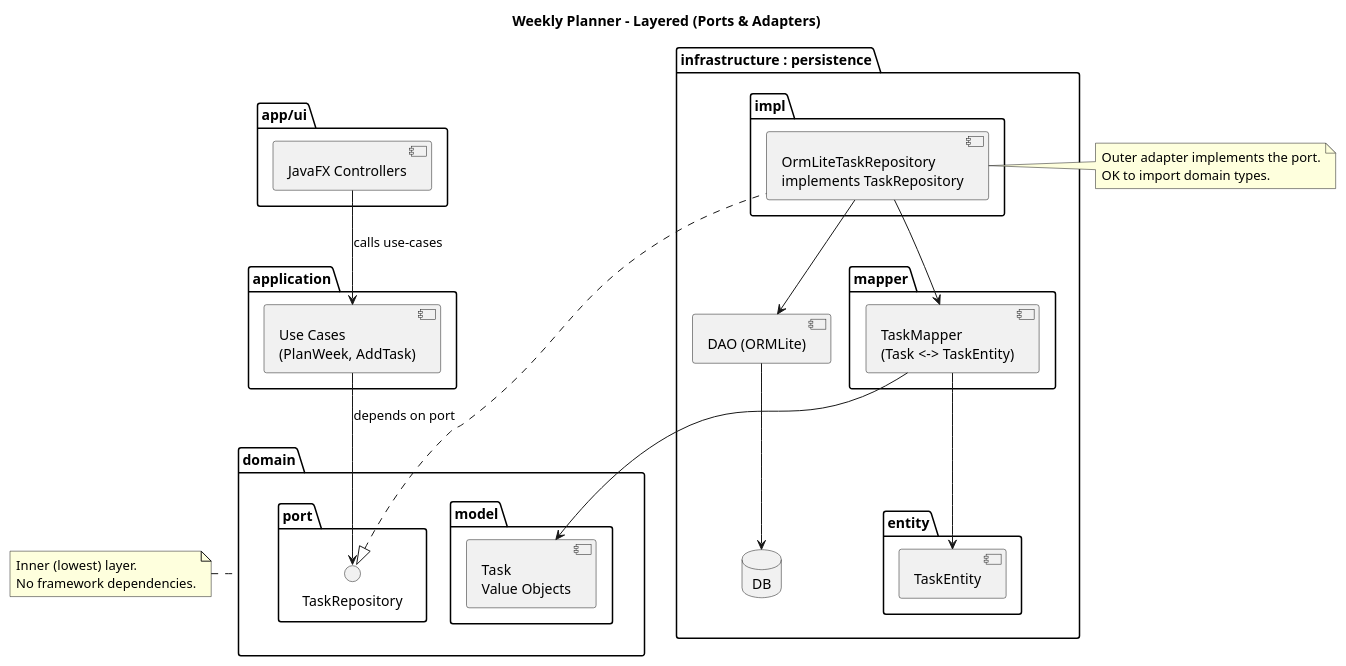
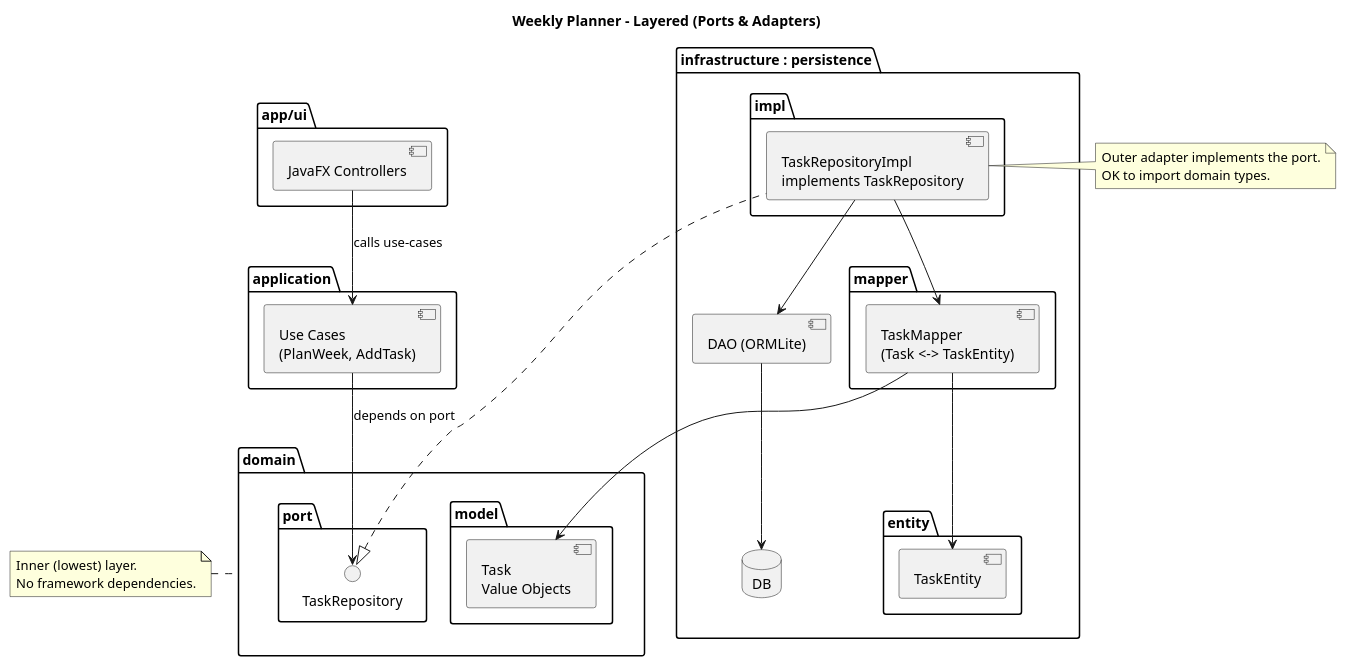
One commit to giabaobui-nedy/WeeklyPlanner changed the diagram in backend-architecture.puml. Above: the diagram before and after it, drawn with PlantUML. The commit also changed 1 other file, not shown here.

Commit message:
update README.md and backend architecture

```diff
--- a/backend-architecture.puml
+++ b/backend-architecture.puml
@@ -1,53 +1,53 @@
-@startuml backend-architecture
+@startuml
 title Weekly Planner – Layered (Ports & Adapters)
 
 package "app/ui" {
     [JavaFX Controllers] as UI
 }
 
 package application {
     [Use Cases\n(PlanWeek, AddTask)] as APP
 }
 
 package domain {
     package model {
         [Task\nValue Objects] as DOMAIN_MODEL
     }
     package port {
         interface TaskRepository
     }
 }
 
 package "infrastructure : persistence" {
     package entity {
         [TaskEntity]
     }
     package mapper {
         [TaskMapper\n(Task <-> TaskEntity)] as TASK_MAPPER
     }
     package impl {
-        [OrmLiteTaskRepository\nimplements TaskRepository] as REPO_IMPL
+        [TaskRepositoryImpl\nimplements TaskRepository] as REPO_IMPL
     }
     [DAO (ORMLite)]
     database DB
 }
 
 UI --> APP : calls use-cases
 APP --> TaskRepository : depends on port
 TaskRepository <|.. REPO_IMPL
 REPO_IMPL --> [DAO (ORMLite)]
 [DAO (ORMLite)] --> DB
 REPO_IMPL --> TASK_MAPPER
 TASK_MAPPER --> DOMAIN_MODEL
 TASK_MAPPER --> [TaskEntity]
 
 note left of domain
     Inner (lowest) layer.
     No framework dependencies.
 end note
 
 note right of REPO_IMPL
     Outer adapter implements the port.
     OK to import domain types.
 end note
 @enduml
```
